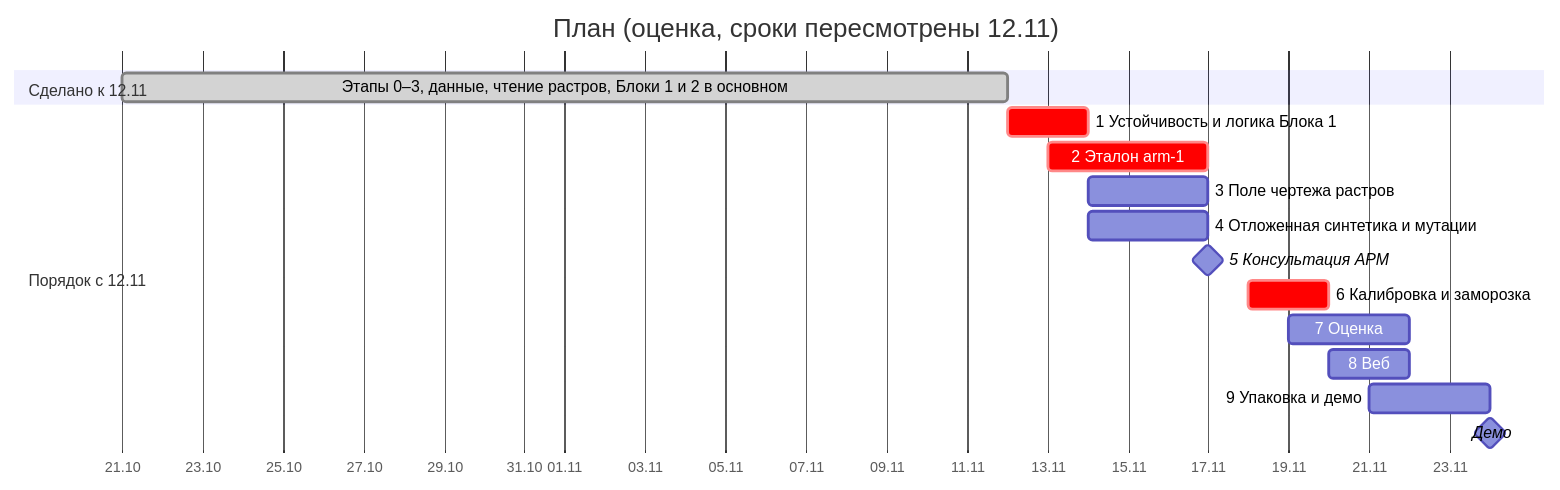
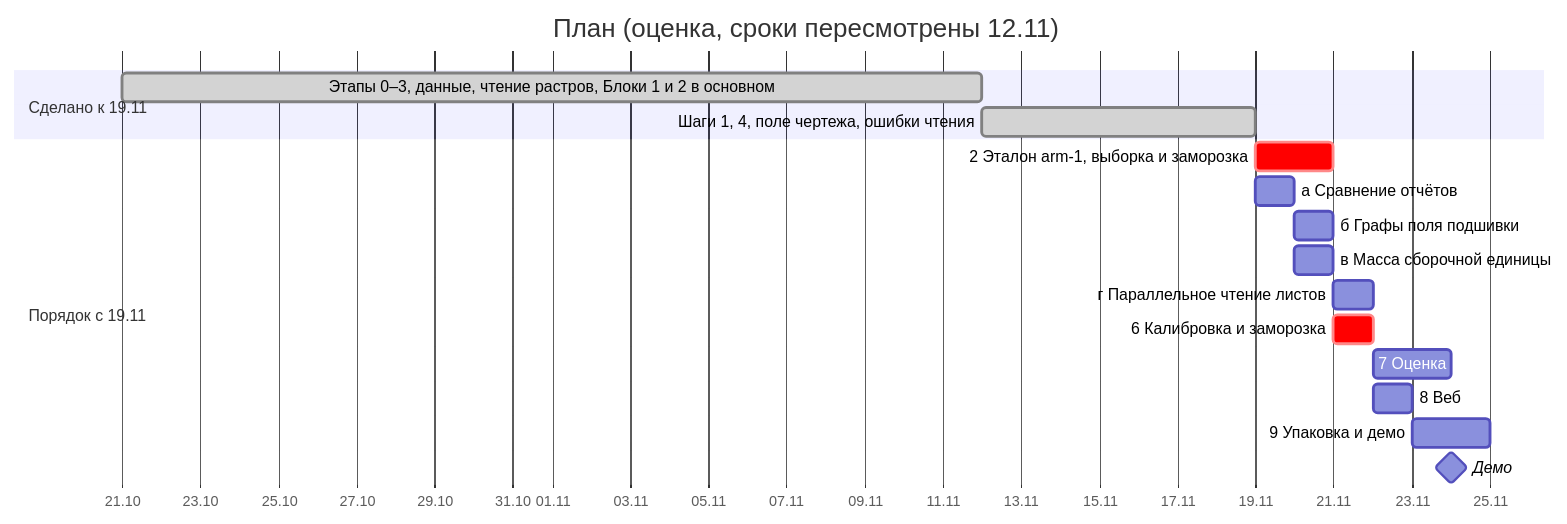
The diagram in docs/PLAN.md (EkaterinaGrisha/ARM), drawn with Mermaid before and after one commit. The commit also changed other lines of this file, not shown here.

Commit message:
docs(plan): version 4, four items before the freeze and dates moved to the arm-1 gold set
Before the freeze: report snapshots that stop on any change, the binding
margin columns of rasters by the grid of GOST 2.104, the rule B1.MASS.001
(an assembly lighter than its parts) and pages read in parallel. Step 6
runs the whole evaluation on arm-1 before test and tags the freeze; step 7
takes bootstrap intervals by kit and document; step 9 gets a quick start
that keeps its quality, supported systems, a license and a handover note.

````diff
--- a/docs/PLAN.md
+++ b/docs/PLAN.md
@@ -48,19 +48,20 @@
 ```mermaid
 gantt
     title План (оценка, сроки пересмотрены 12.11)
     dateFormat YYYY-MM-DD
     axisFormat %d.%m
-    section Сделано к 12.11
+    section Сделано к 19.11
     Этапы 0–3, данные, чтение растров, Блоки 1 и 2 в основном :done, d0, 2026-10-21, 2026-11-12
-    section Порядок с 12.11
-    1 Устойчивость и логика Блока 1   :crit, a1, 2026-11-12, 2d
-    2 Эталон arm-1                    :crit, a2, 2026-11-13, 4d
-    3 Поле чертежа растров            :a3, 2026-11-14, 3d
-    4 Отложенная синтетика и мутации  :a4, 2026-11-14, 3d
-    5 Консультация АРМ                :milestone, a5, 2026-11-17, 0d
-    6 Калибровка и заморозка          :crit, a6, 2026-11-18, 2d
-    7 Оценка                          :a7, 2026-11-19, 3d
-    8 Веб                             :a8, 2026-11-20, 2d
-    9 Упаковка и демо                 :a9, 2026-11-21, 3d
+    Шаги 1, 4, поле чертежа, ошибки чтения :done, d1, 2026-11-12, 2026-11-19
+    section Порядок с 19.11
+    2 Эталон arm-1, выборка и заморозка :crit, a2, 2026-11-19, 2d
+    а Сравнение отчётов               :b1, 2026-11-19, 1d
+    б Графы поля подшивки             :b2, 2026-11-20, 1d
+    в Масса сборочной единицы         :b3, 2026-11-20, 1d
+    г Параллельное чтение листов      :b4, 2026-11-21, 1d
+    6 Калибровка и заморозка          :crit, a6, 2026-11-21, 1d
+    7 Оценка                          :a7, 2026-11-22, 2d
+    8 Веб                             :a8, 2026-11-22, 1d
+    9 Упаковка и демо                 :a9, 2026-11-23, 2d
     Демо                              :milestone, m1, 2026-11-24, 0d
 ```
````
